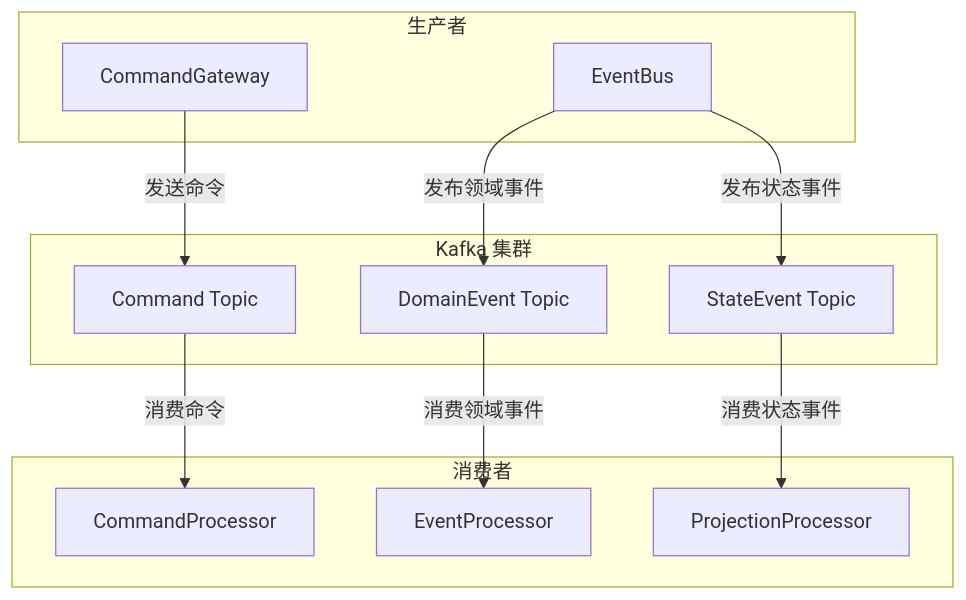
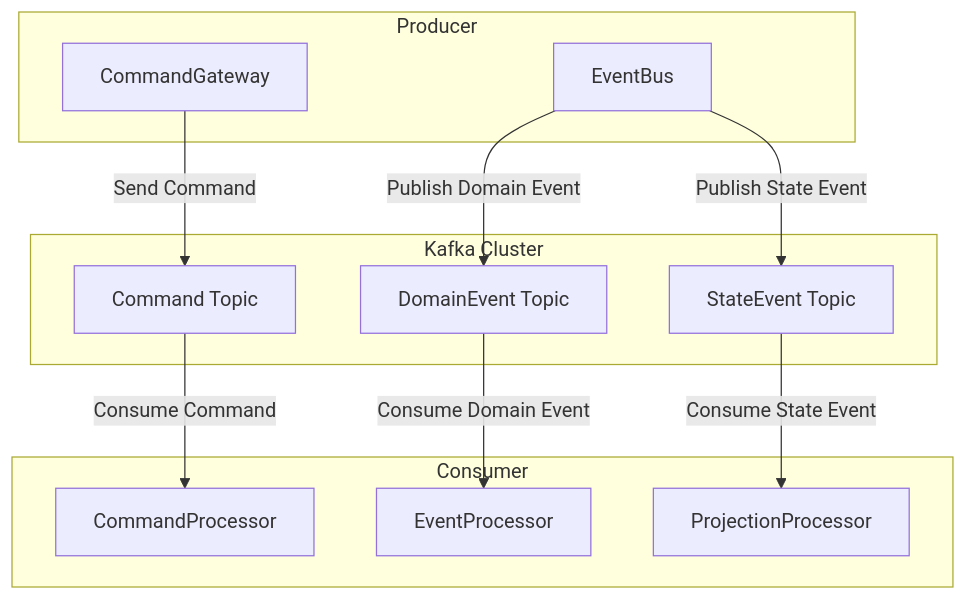
The first of 6 diagrams in documentation/docs/zh/guide/extensions/kafka.md (Ahoo-Wang/Wow), drawn with Mermaid before and after one commit. The commit also changed other lines of this file and 79 other files, not shown here.

First line of the commit message:
docs: restructure documentation into three-layer progressive architecture

````diff
--- a/documentation/docs/zh/guide/extensions/kafka.md
+++ b/documentation/docs/zh/guide/extensions/kafka.md
@@ -12,28 +14,27 @@
 ```mermaid
 flowchart TB
-    subgraph Producer["生产者"]
+    subgraph Producer["Producer"]
         CG[CommandGateway]
         EB[EventBus]
     end
     
-    subgraph Kafka["Kafka 集群"]
+    subgraph Kafka["Kafka Cluster"]
         CT[Command Topic]
         DET[DomainEvent Topic]
         SET[StateEvent Topic]
     end
     
-    subgraph Consumer["消费者"]
+    subgraph Consumer["Consumer"]
         CP[CommandProcessor]
         EP[EventProcessor]
         PP[ProjectionProcessor]
     end
     
-    CG -->|发送命令| CT
-    EB -->|发布领域事件| DET
-    EB -->|发布状态事件| SET
+    CG -->|Send Command| CT
+    EB -->|Publish Domain Event| DET
+    EB -->|Publish State Event| SET
     
-    CT -->|消费命令| CP
-    DET -->|消费领域事件| EP
-    SET -->|消费状态事件| PP
-
+    CT -->|Consume Command| CP
+    DET -->|Consume Domain Event| EP
+    SET -->|Consume State Event| PP
 ```
````
